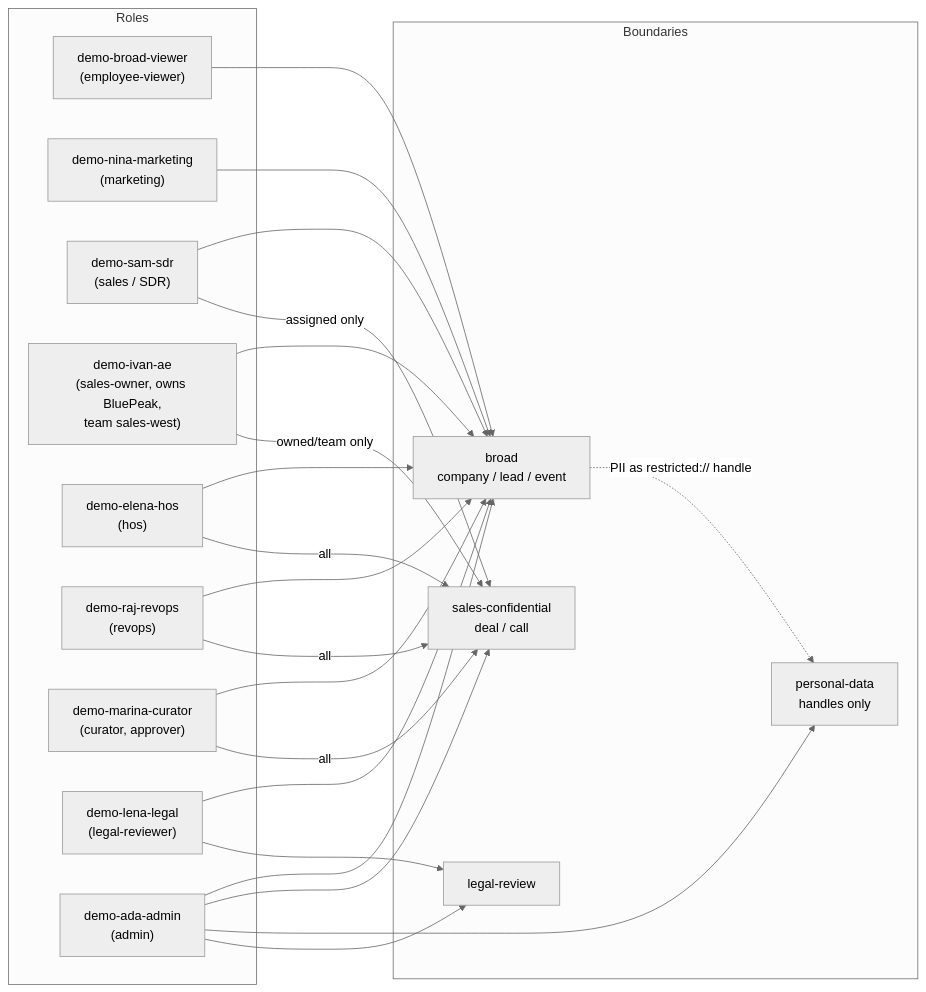
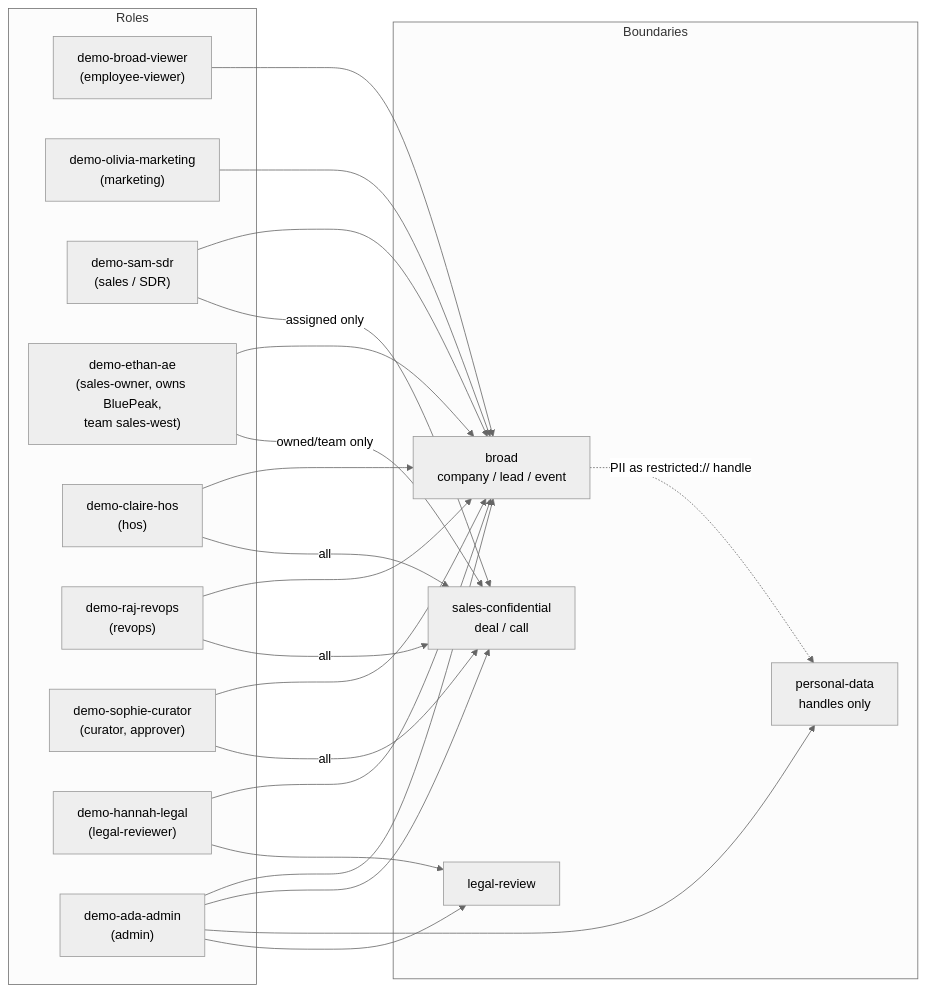
One commit to artemrudenko/SalesWiki-public changed the second of 5 diagrams in docs/engineering/permissioned-knowledge-demo.md. Above: the diagram before and after it, drawn with Mermaid (neutral theme). The commit also changed other lines of this file and 86 other files, not shown here.

````diff
--- a/docs/engineering/permissioned-knowledge-demo.md
+++ b/docs/engineering/permissioned-knowledge-demo.md
@@ -53,39 +53,39 @@
 ```mermaid
 flowchart LR
     subgraph Roles
         V["demo-broad-viewer<br/>(employee-viewer)"]
-        N["demo-nina-marketing<br/>(marketing)"]
+        N["demo-olivia-marketing<br/>(marketing)"]
         SDR["demo-sam-sdr<br/>(sales / SDR)"]
-        I["demo-ivan-ae<br/>(sales-owner, owns BluePeak,<br/>team sales-west)"]
-        E["demo-elena-hos<br/>(hos)"]
+        I["demo-ethan-ae<br/>(sales-owner, owns BluePeak,<br/>team sales-west)"]
+        E["demo-claire-hos<br/>(hos)"]
         R["demo-raj-revops<br/>(revops)"]
-        M["demo-marina-curator<br/>(curator, approver)"]
-        LG["demo-lena-legal<br/>(legal-reviewer)"]
+        M["demo-sophie-curator<br/>(curator, approver)"]
+        LG["demo-hannah-legal<br/>(legal-reviewer)"]
         A["demo-ada-admin<br/>(admin)"]
     end
     subgraph Boundaries
         B["broad<br/>company / lead / event"]
         S["sales-confidential<br/>deal / call"]
         P["personal-data<br/>handles only"]
         L["legal-review"]
     end
     V --> B
     N --> B
     SDR --> B
     SDR -->|assigned only| S
     I --> B
     I -->|owned/team only| S
     E --> B
     E -->|all| S
     R --> B
     R -->|all| S
     M --> B
     M -->|all| S
     LG --> B
     LG --> L
     A --> B
     A --> S
     A --> P
     A --> L
     B -. "PII as restricted:// handle" .-> P
 ```
````
